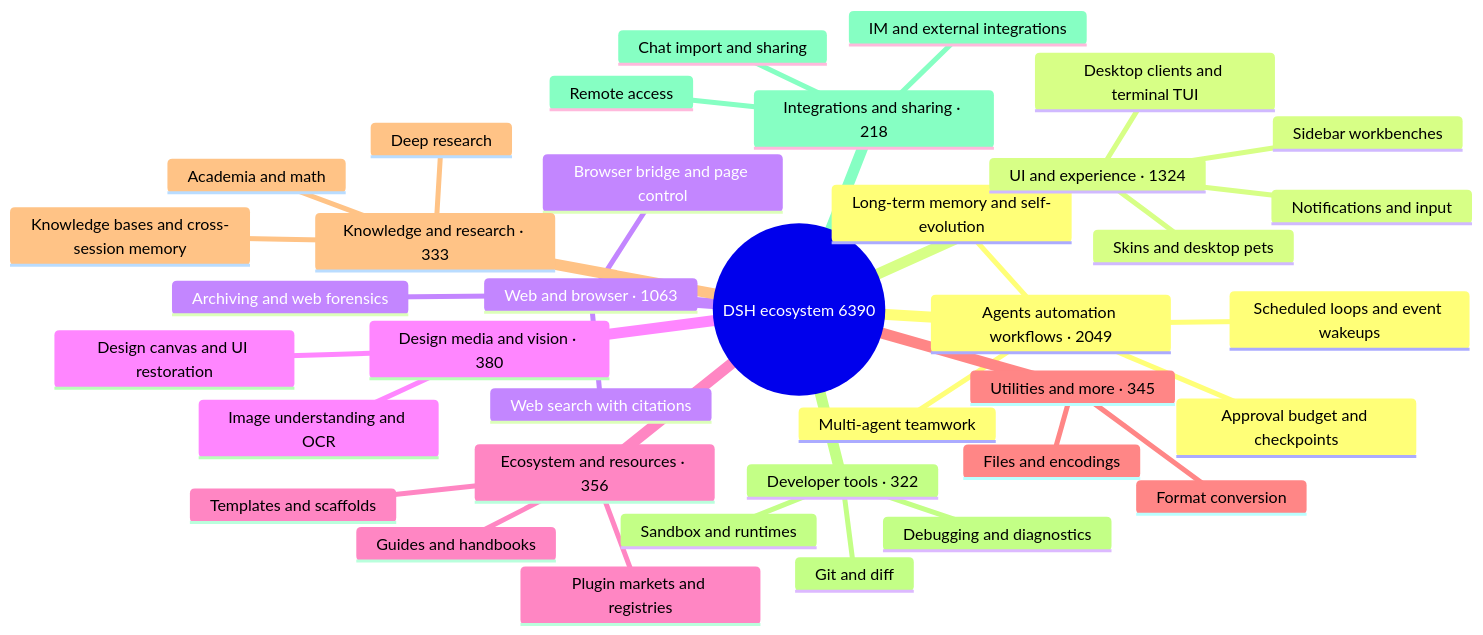
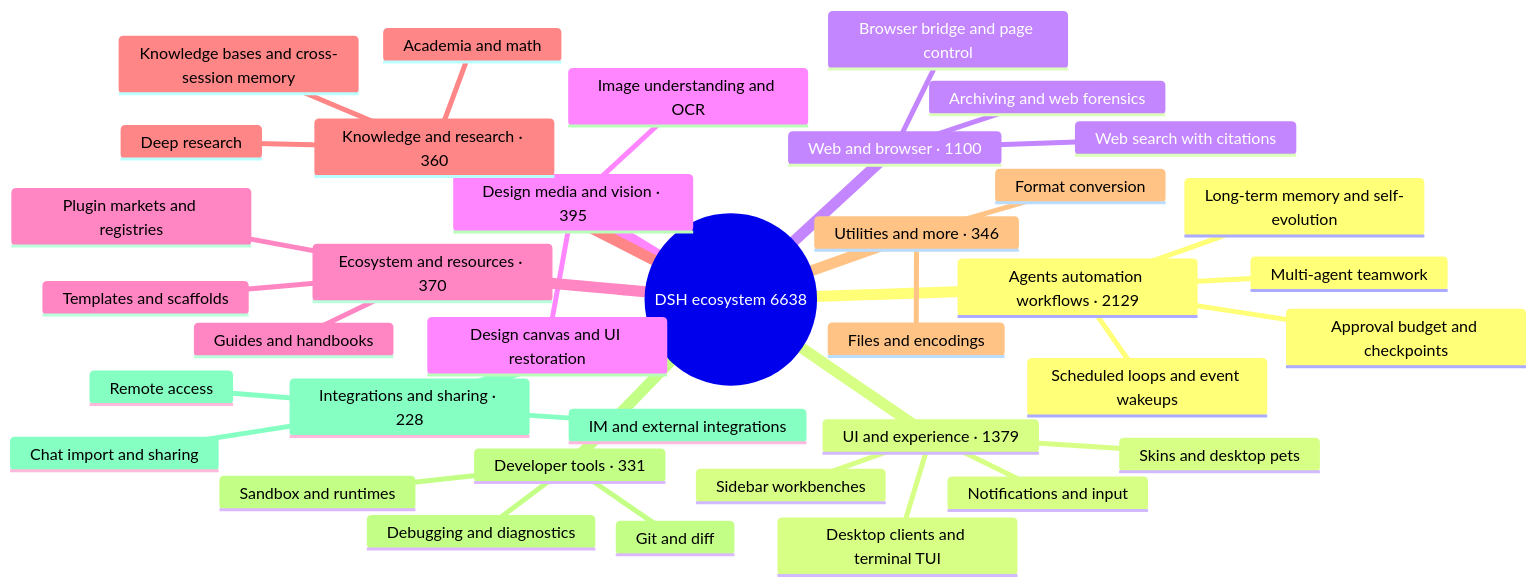
Before and after one commit to PGZXB/awesome-dsh-plugin-3: the diagram in README_EN.md, drawn with Mermaid. The commit also changed other lines of this file and 9 other files, not shown here.

````diff
--- a/README_EN.md
+++ b/README_EN.md
@@ -33,40 +33,40 @@
 ```mermaid
 mindmap
-  root((DSH ecosystem 6390))
-    Agents automation workflows · 2049
+  root((DSH ecosystem 6638))
+    Agents automation workflows · 2129
       Scheduled loops and event wakeups
       Multi-agent teamwork
       Long-term memory and self-evolution
       Approval budget and checkpoints
-    UI and experience · 1324
+    UI and experience · 1379
       Desktop clients and terminal TUI
       Sidebar workbenches
       Skins and desktop pets
       Notifications and input
-    Web and browser · 1063
+    Web and browser · 1100
       Browser bridge and page control
       Web search with citations
       Archiving and web forensics
-    Design media and vision · 380
+    Design media and vision · 395
       Image understanding and OCR
       Design canvas and UI restoration
-    Ecosystem and resources · 356
+    Ecosystem and resources · 370
       Plugin markets and registries
       Templates and scaffolds
       Guides and handbooks
-    Utilities and more · 345
-      Files and encodings
-      Format conversion
-    Knowledge and research · 333
+    Knowledge and research · 360
       Knowledge bases and cross-session memory
       Deep research
       Academia and math
-    Developer tools · 322
+    Utilities and more · 346
+      Files and encodings
+      Format conversion
+    Developer tools · 331
       Git and diff
       Sandbox and runtimes
       Debugging and diagnostics
-    Integrations and sharing · 218
+    Integrations and sharing · 228
       Chat import and sharing
       Remote access
       IM and external integrations
 ```
````
